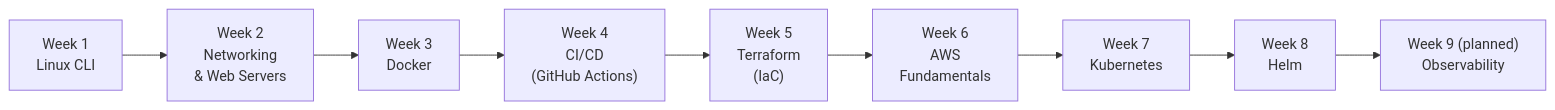
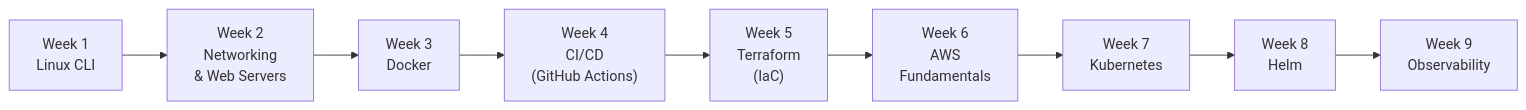
One commit to TheTangentLine/Learn_basic_devops changed the diagram in README.md. Above: the diagram before and after it, drawn with Mermaid. The commit also changed other lines of this file and 9 other files, not shown here.

````diff
--- a/README.md
+++ b/README.md
@@ -7,13 +7,13 @@
 ```mermaid
 flowchart LR
   W1["Week 1<br/>Linux CLI"]
   W2["Week 2<br/>Networking<br/>& Web Servers"]
   W3["Week 3<br/>Docker"]
   W4["Week 4<br/>CI/CD<br/>(GitHub Actions)"]
   W5["Week 5<br/>Terraform<br/>(IaC)"]
   W6["Week 6<br/>AWS<br/>Fundamentals"]
   W7["Week 7<br/>Kubernetes"]
   W8["Week 8<br/>Helm"]
-  W9["Week 9 (planned)<br/>Observability"]
+  W9["Week 9<br/>Observability"]
   W1 --> W2 --> W3 --> W4 --> W5 --> W6 --> W7 --> W8 --> W9
 ```
````
